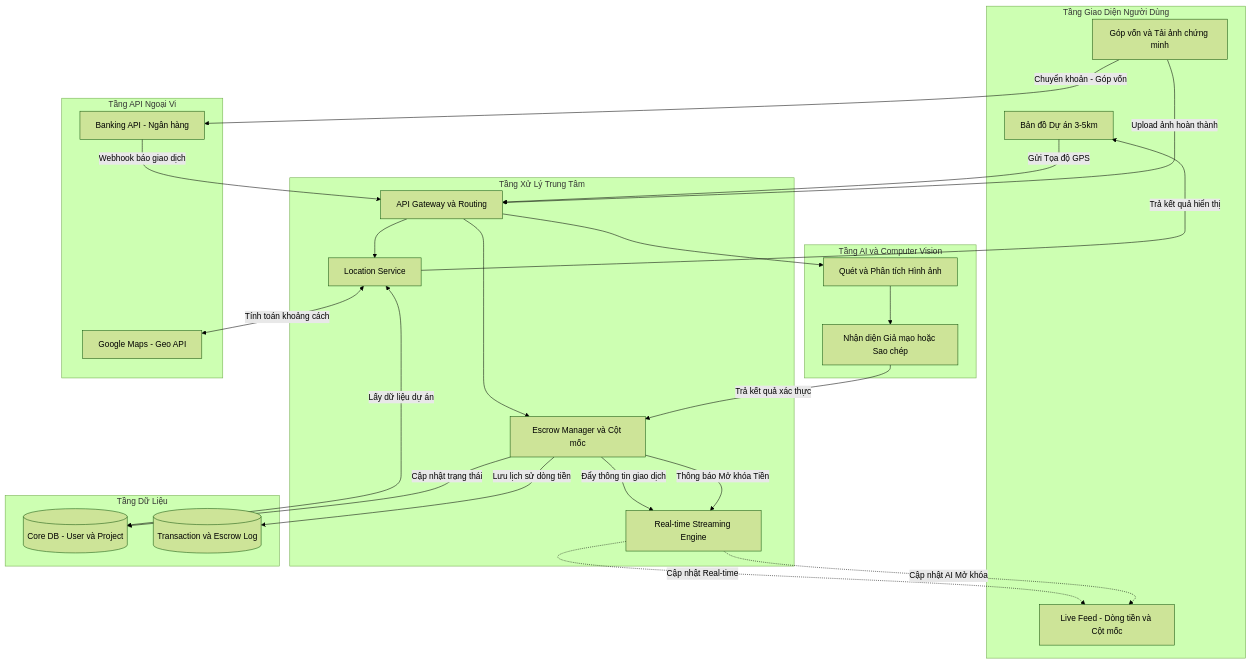
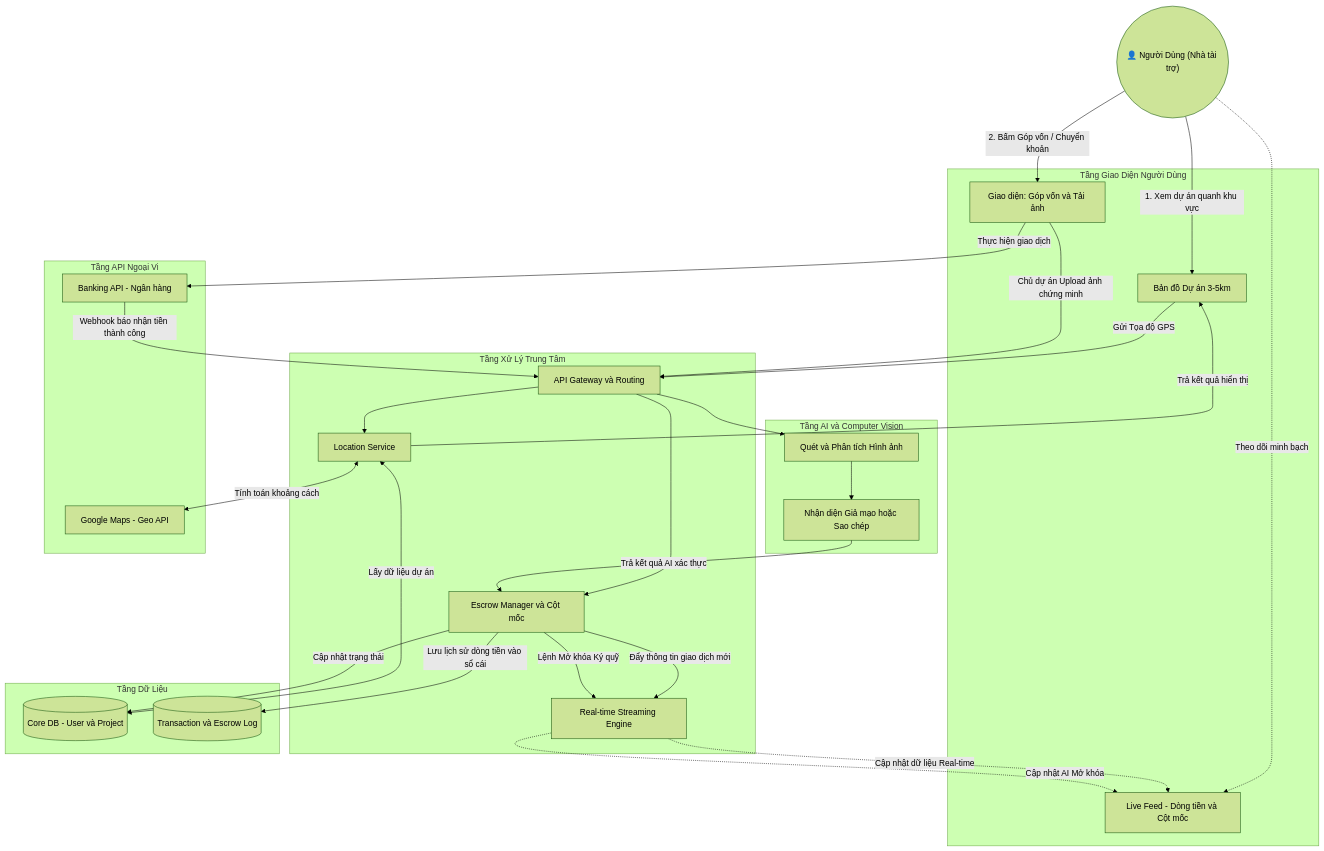
Before and after one commit to Traf027/LocalVest: the diagram in Diagram.md, drawn with Mermaid (forest theme).

Commit message:
Create new user flow in Diagram.md

````diff
--- a/Diagram.md
+++ b/Diagram.md
@@ -1,58 +1,66 @@
 ```mermaid
 graph TD
+    %% Chủ thể (Actor)
+    User(("👤 Người Dùng (Nhà tài trợ)"))
+
     %% Khối Người dùng & Giao diện
     subgraph UILayer [Tầng Giao Diện Người Dùng]
         MapUI["Bản đồ Dự án 3-5km"]
         FeedUI["Live Feed - Dòng tiền và Cột mốc"]
-        ActionUI["Góp vốn và Tải ảnh chứng minh"]
+        ActionUI["Giao diện: Góp vốn và Tải ảnh"]
     end
 
     %% Khối Xử lý Trung tâm
     subgraph CoreBackend [Tầng Xử Lý Trung Tâm]
         API_Gateway["API Gateway và Routing"]
         Location_Svc["Location Service"]
         Escrow_Mgr["Escrow Manager và Cột mốc"]
         Stream_Engine["Real-time Streaming Engine"]
     end
 
     %% Khối AI & Dữ liệu
     subgraph AILayer [Tầng AI và Computer Vision]
         CV_Model["Quét và Phân tích Hình ảnh"]
         Fraud_Detection["Nhận diện Giả mạo hoặc Sao chép"]
     end
 
     %% Khối Cơ sở dữ liệu
     subgraph Database [Tầng Dữ Liệu]
         DB_Main[("Core DB - User và Project")]
         DB_Ledger[("Transaction và Escrow Log")]
     end
 
     %% Khối Ngoại vi
     subgraph External [Tầng API Ngoại Vi]
         Bank_API["Banking API - Ngân hàng"]
         Map_API["Google Maps - Geo API"]
     end
 
-    %% --- ĐỊNH NGHĨA LUỒNG DỮ LIỆU ---
+    %% --- ĐỊNH NGHĨA LUỒNG TƯƠNG TÁC CỦA NGƯỜI DÙNG ---
+    User -->|1. Xem dự án quanh khu vực| MapUI
+    User -->|2. Bấm Góp vốn / Chuyển khoản| ActionUI
+    User -.->|Theo dõi minh bạch| FeedUI
+
+    %% --- ĐỊNH NGHĨA LUỒNG DỮ LIỆU BÊN TRONG ---
 
     MapUI -->|Gửi Tọa độ GPS| API_Gateway
     API_Gateway --> Location_Svc
     Location_Svc <-->|Tính toán khoảng cách| Map_API
     Location_Svc <-->|Lấy dữ liệu dự án| DB_Main
     Location_Svc -->|Trả kết quả hiển thị| MapUI
 
-    ActionUI -->|Chuyển khoản - Góp vốn| Bank_API
-    Bank_API -->|Webhook báo giao dịch| API_Gateway
+    ActionUI -->|Thực hiện giao dịch| Bank_API
+    Bank_API -->|Webhook báo nhận tiền thành công| API_Gateway
     API_Gateway --> Escrow_Mgr
-    Escrow_Mgr -->|Lưu lịch sử dòng tiền| DB_Ledger
-    Escrow_Mgr -->|Đẩy thông tin giao dịch| Stream_Engine
-    Stream_Engine -.->|Cập nhật Real-time| FeedUI
+    Escrow_Mgr -->|Lưu lịch sử dòng tiền vào sổ cái| DB_Ledger
+    Escrow_Mgr -->|Đẩy thông tin giao dịch mới| Stream_Engine
+    Stream_Engine -.->|Cập nhật dữ liệu Real-time| FeedUI
 
-    ActionUI -->|Upload ảnh hoàn thành| API_Gateway
+    ActionUI -->|Chủ dự án Upload ảnh chứng minh| API_Gateway
     API_Gateway --> CV_Model
     CV_Model --> Fraud_Detection
-    Fraud_Detection -->|Trả kết quả xác thực| Escrow_Mgr
+    Fraud_Detection -->|Trả kết quả AI xác thực| Escrow_Mgr
     Escrow_Mgr -->|Cập nhật trạng thái| DB_Main
-    Escrow_Mgr -->|Thông báo Mở khóa Tiền| Stream_Engine
+    Escrow_Mgr -->|Lệnh Mở khóa Ký quỹ| Stream_Engine
     Stream_Engine -.->|Cập nhật AI Mở khóa| FeedUI
 ```
````
